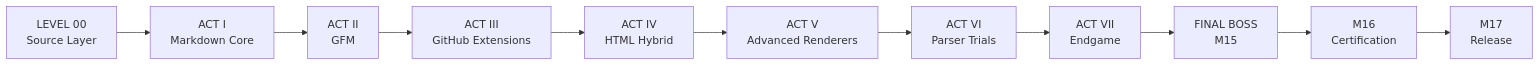
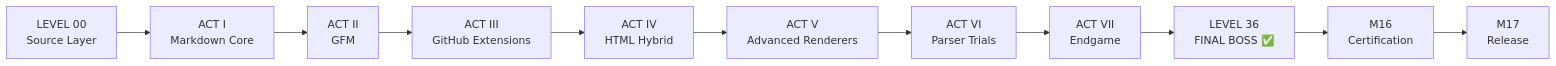
One commit to thiepn/markdown changed the first of 5 diagrams in README.md. Above: the diagram before and after it, drawn with Mermaid. The commit also changed other lines of this file, not shown here.

Commit message:
M15: compose canonical Final Boss

````diff
--- a/README.md
+++ b/README.md
@@ -130,13 +134,13 @@
 ```mermaid
 flowchart LR
     S[LEVEL 00<br/>Source Layer] --> A1[ACT I<br/>Markdown Core]
     A1 --> A2[ACT II<br/>GFM]
     A2 --> A3[ACT III<br/>GitHub Extensions]
     A3 --> A4[ACT IV<br/>HTML Hybrid]
     A4 --> A5[ACT V<br/>Advanced Renderers]
     A5 --> A6[ACT VI<br/>Parser Trials]
     A6 --> A7[ACT VII<br/>Endgame]
-    A7 --> B[FINAL BOSS<br/>M15]
+    A7 --> B[LEVEL 36<br/>FINAL BOSS ✅]
     B --> C[M16<br/>Certification]
     C --> R[M17<br/>Release]
 ```
````
